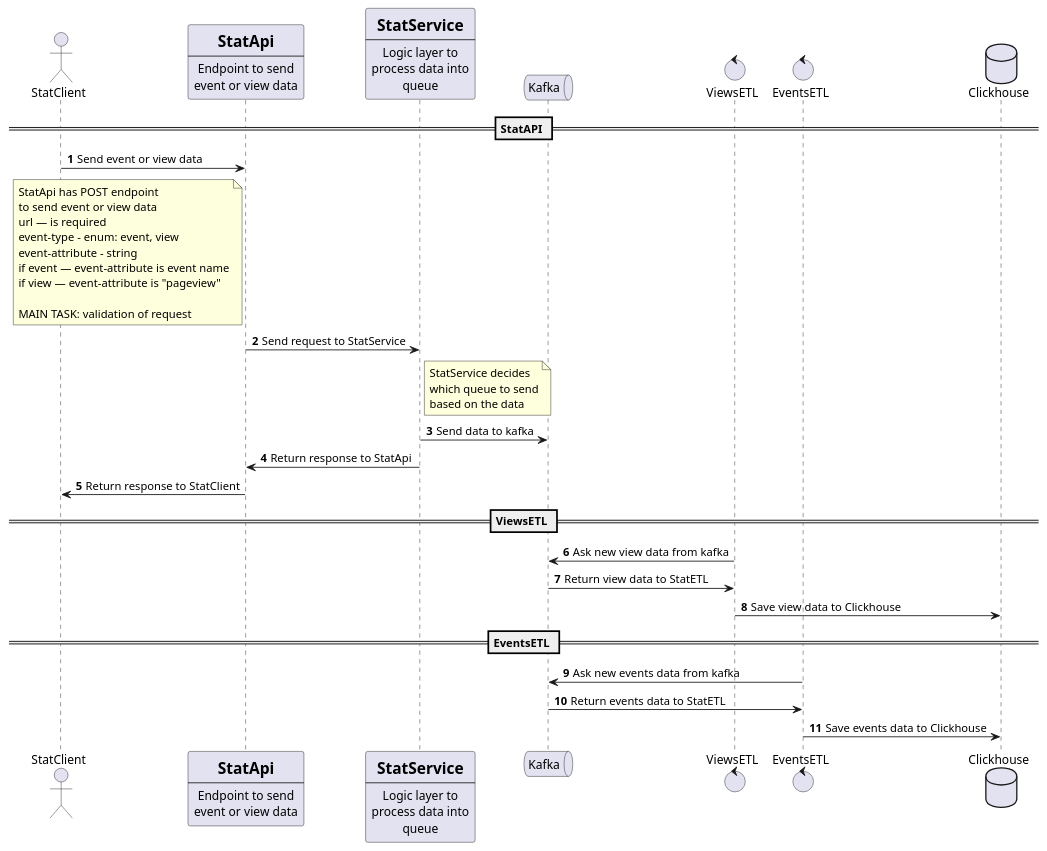
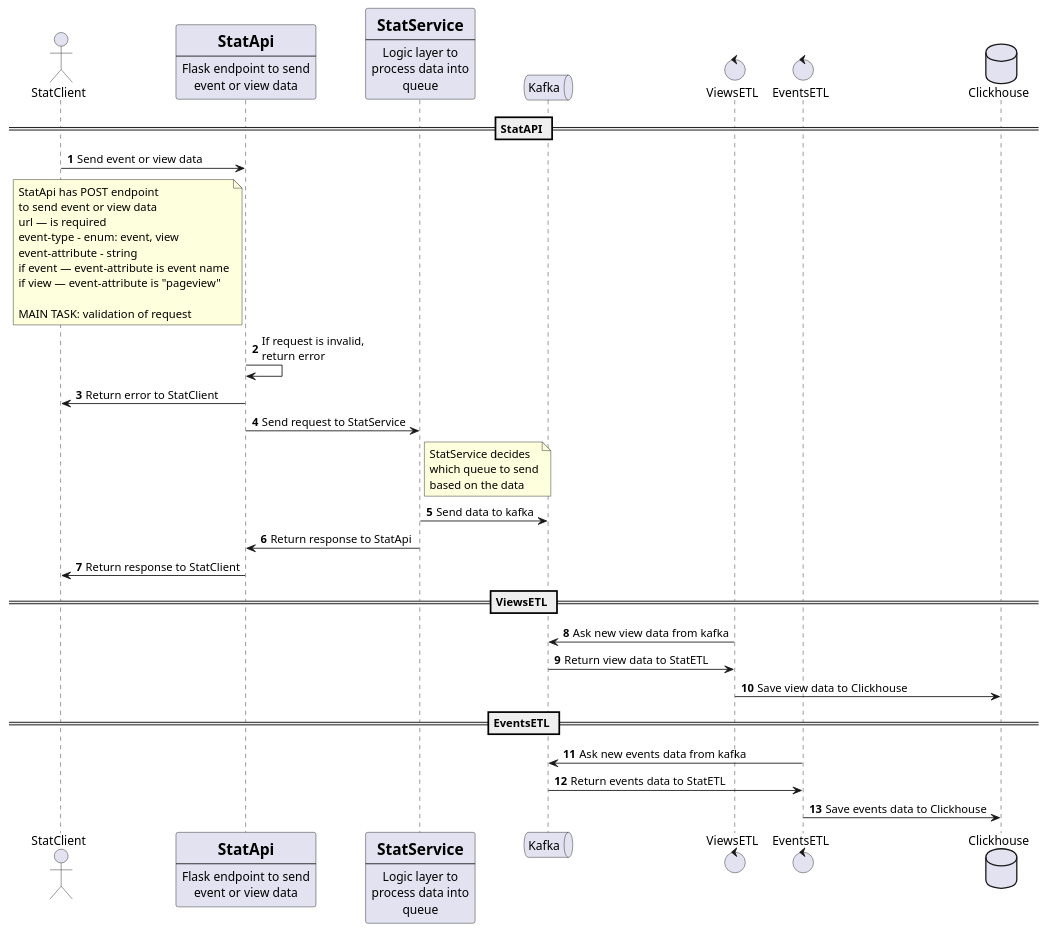
One commit to artwist-polyakov/Auth_sprint_1 changed the diagram in docs/ugc-seq.puml. Above: the diagram before and after it, drawn with PlantUML.

Commit message:
обновляет схему работы апи

```diff
--- a/docs/ugc-seq.puml
+++ b/docs/ugc-seq.puml
@@ -1,72 +1,74 @@
 @startuml
 'https://plantuml.com/sequence-diagram
 
 
 actor StatClient
 
 
 participant StatApi [
     =StatApi
     ----
-    Endpoint to send
+    Flask endpoint to send
     event or view data
 ]
 participant StatService[
     =StatService
     ----
     Logic layer to
     process data into
     queue
 ]
 queue Kafka
 control ViewsETL
 control EventsETL
 database Clickhouse
 
 
 autonumber
 
 == StatAPI ==
 
 StatClient -> StatApi: Send event or view data
 note left of StatApi
     StatApi has POST endpoint
     to send event or view data
     url — is required
     event-type - enum: event, view
     event-attribute - string
     if event — event-attribute is event name
     if view — event-attribute is "pageview"
 
     MAIN TASK: validation of request
 end note
+StatApi -> StatApi: If request is invalid,\nreturn error
+
+StatApi -> StatClient: Return error to StatClient
 StatApi -> StatService: Send request to StatService
-
 note right of StatService
     StatService decides
     which queue to send
     based on the data
 end note
 
 StatService -> Kafka: Send data to kafka
 
 
 StatService -> StatApi: Return response to StatApi
 
 StatApi -> StatClient: Return response to StatClient
 
 
 
 == ViewsETL ==
 
 ViewsETL -> Kafka: Ask new view data from kafka
 Kafka -> ViewsETL: Return view data to StatETL
 ViewsETL -> Clickhouse: Save view data to Clickhouse
 
 == EventsETL ==
 
 EventsETL -> Kafka: Ask new events data from kafka
 Kafka -> EventsETL: Return events data to StatETL
 EventsETL -> Clickhouse: Save events data to Clickhouse
 
 @enduml
```
